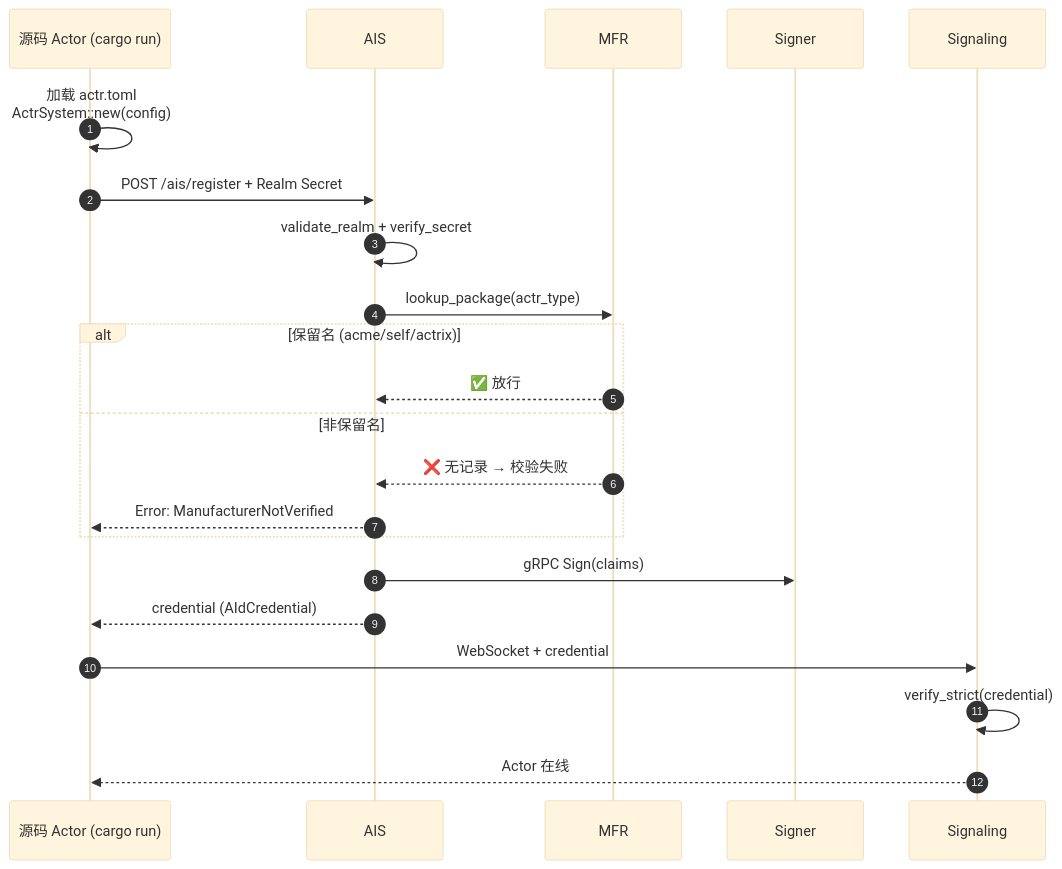
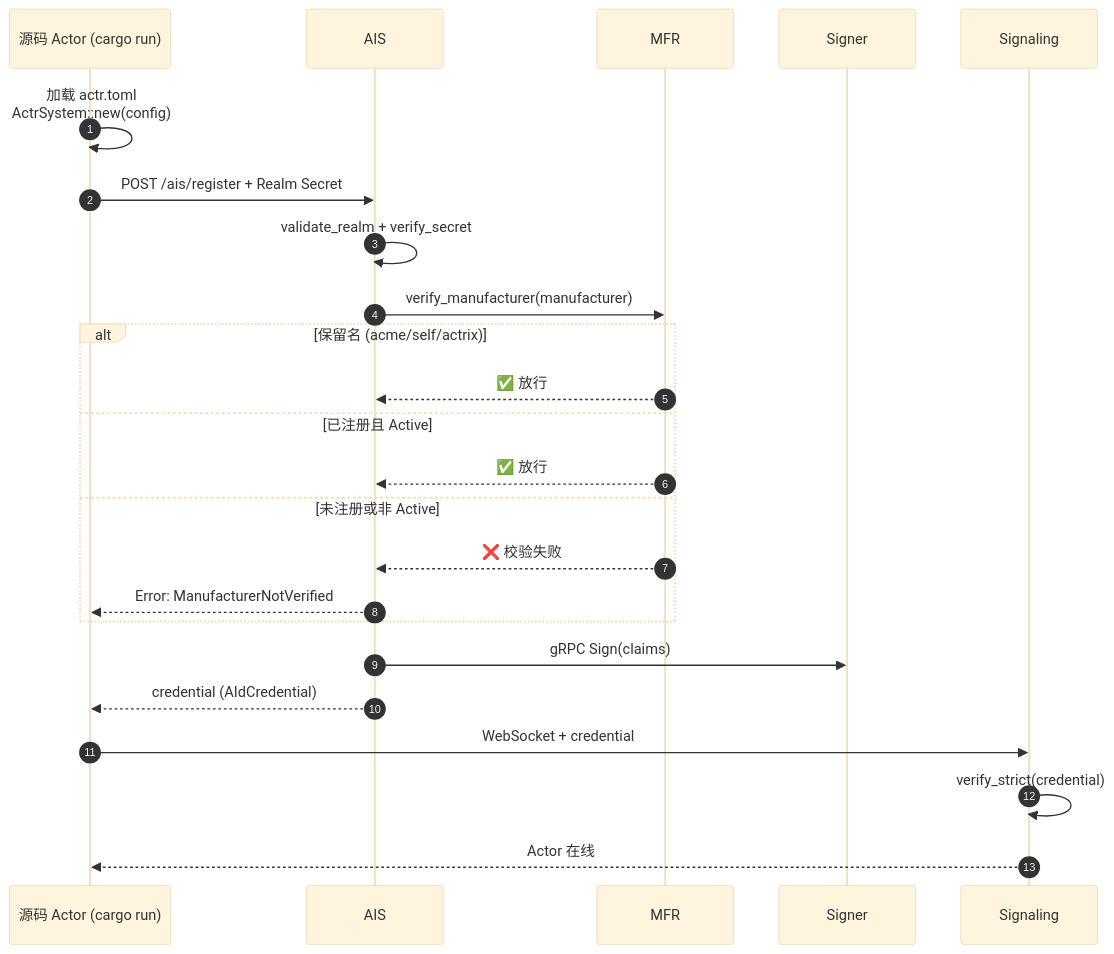
The second of 9 diagrams in docs/actr-sign-sequence-diagram.zh.md (Actrium/actr), drawn with Mermaid (base theme) before and after one commit. The commit also changed other lines of this file and 1 other file, not shown here.

Commit message:
docs: update known issues with verify_manufacturer, package distribution, and solutions

````diff
--- a/docs/actr-sign-sequence-diagram.zh.md
+++ b/docs/actr-sign-sequence-diagram.zh.md
@@ -60,25 +62,27 @@
 ```mermaid
 sequenceDiagram
     autonumber
     participant App as 源码 Actor (cargo run)
     participant AIS as AIS
     participant MFR as MFR
     participant Signer as Signer
     participant Sig as Signaling
 
     App->>App: 加载 actr.toml<br/>ActrSystem::new(config)
     App->>AIS: POST /ais/register + Realm Secret
     AIS->>AIS: validate_realm + verify_secret
-    AIS->>MFR: lookup_package(actr_type)
+    AIS->>MFR: verify_manufacturer(manufacturer)
     alt 保留名 (acme/self/actrix)
         MFR-->>AIS: ✅ 放行
-    else 非保留名
-        MFR-->>AIS: ❌ 无记录 → 校验失败
+    else 已注册且 Active
+        MFR-->>AIS: ✅ 放行
+    else 未注册或非 Active
+        MFR-->>AIS: ❌ 校验失败
         AIS-->>App: Error: ManufacturerNotVerified
     end
     AIS->>Signer: gRPC Sign(claims)
     AIS-->>App: credential (AIdCredential)
     App->>Sig: WebSocket + credential
     Sig->>Sig: verify_strict(credential)
     Sig-->>App: Actor 在线
 ```
````
